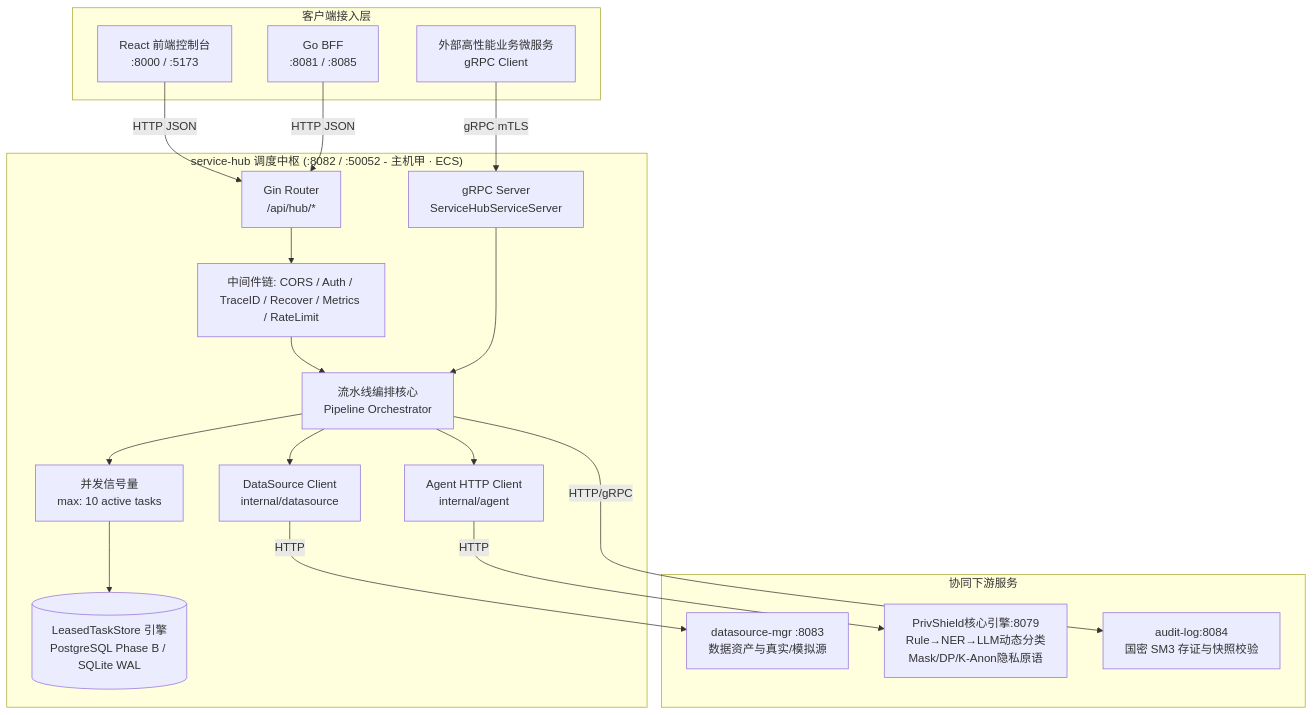
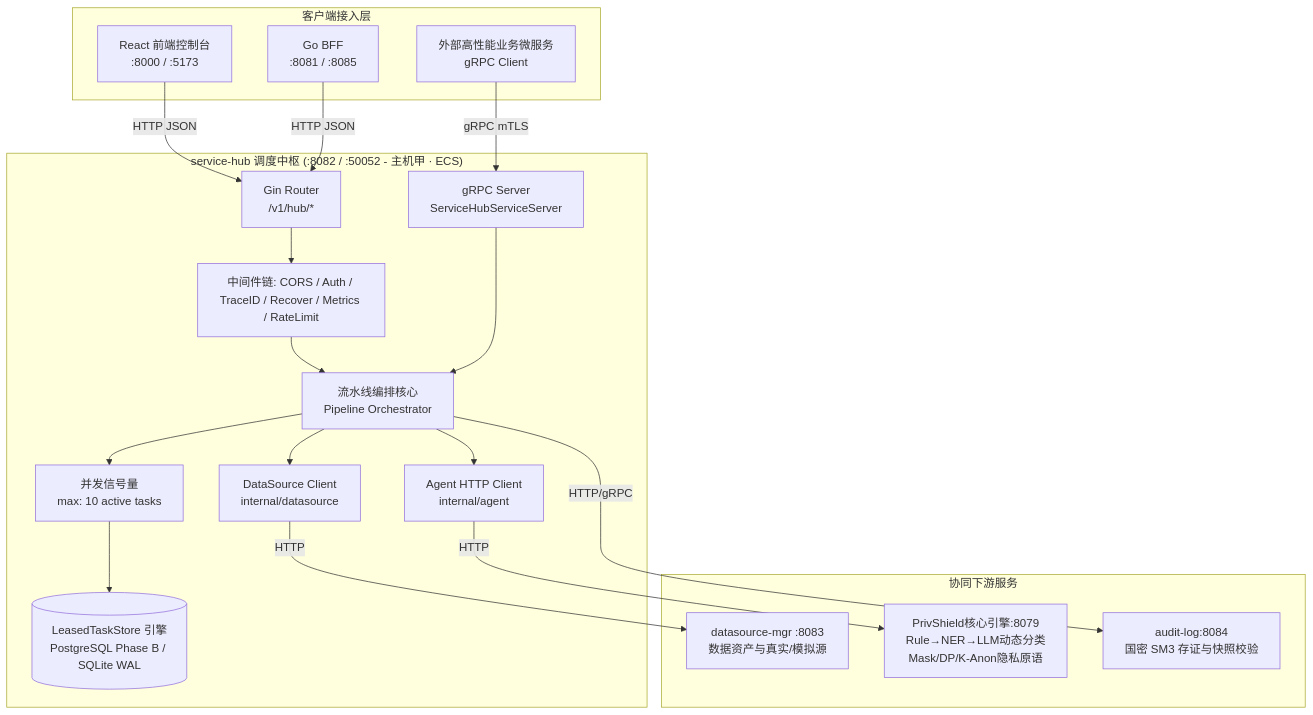
Before and after one commit to fengzhizi319/PrivShield-go: the first of 4 diagrams in services/service-hub/docs/learning-guide.md, drawn with Mermaid. The commit also changed other lines of this file and 162 other files, not shown here.

````diff
--- a/services/service-hub/docs/learning-guide.md
+++ b/services/service-hub/docs/learning-guide.md
@@ -69,39 +69,39 @@
 ```mermaid
 flowchart TB
     subgraph Clients [客户端接入层]
         Web[React 前端控制台<br/>:8000 / :5173]
         BFF[Go BFF<br/>:8081 / :8085]
         ExtRPC[外部高性能业务微服务<br/>gRPC Client]
     end
 
     subgraph ServiceHub ["service-hub 调度中枢 (:8082 / :50052 - 主机甲 · ECS)"]
-        Router[Gin Router<br/>/api/hub/*]
+        Router[Gin Router<br/>/v1/hub/*]
         GRPCSrv[gRPC Server<br/>ServiceHubServiceServer]
         MW[中间件链: CORS / Auth / TraceID / Recover / Metrics / RateLimit]
         
         Orchestrator[流水线编排核心<br/>Pipeline Orchestrator]
         Semaphore[并发信号量<br/>max: 10 active tasks]
         TaskStore[(LeasedTaskStore 引擎<br/>PostgreSQL Phase B / SQLite WAL)]
         
         AgentCli[Agent HTTP Client<br/>internal/agent]
         DSCli[DataSource Client<br/>internal/datasource]
     end
 
     subgraph Downstream [协同下游服务]
         DSMgr[datasource-mgr :8083<br/>数据资产与真实/模拟源]
         Agent["PrivShield核心引擎:8079<br/>Rule→NER→LLM动态分类<br/>Mask/DP/K-Anon隐私原语"]
         Audit[audit-log:8084<br/>国密 SM3 存证与快照校验]
     end
 
     Web -->|HTTP JSON| Router
     BFF -->|HTTP JSON| Router
     ExtRPC -->|gRPC mTLS| GRPCSrv
 
     Router --> MW --> Orchestrator
     GRPCSrv --> Orchestrator
 
     Orchestrator --> Semaphore --> TaskStore
     Orchestrator --> DSCli -->|HTTP| DSMgr
     Orchestrator --> AgentCli -->|HTTP| Agent
     Orchestrator -->|HTTP/gRPC| Audit
 ```
````
